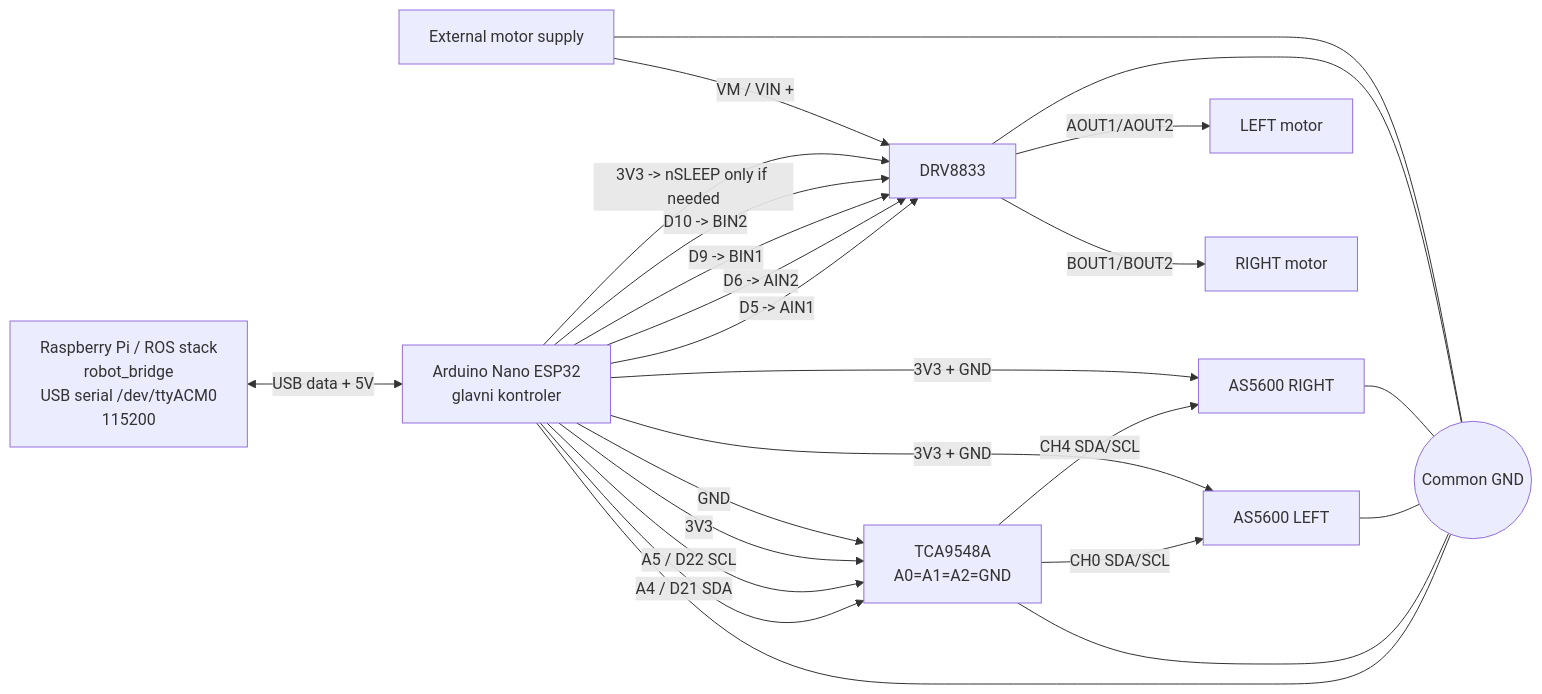
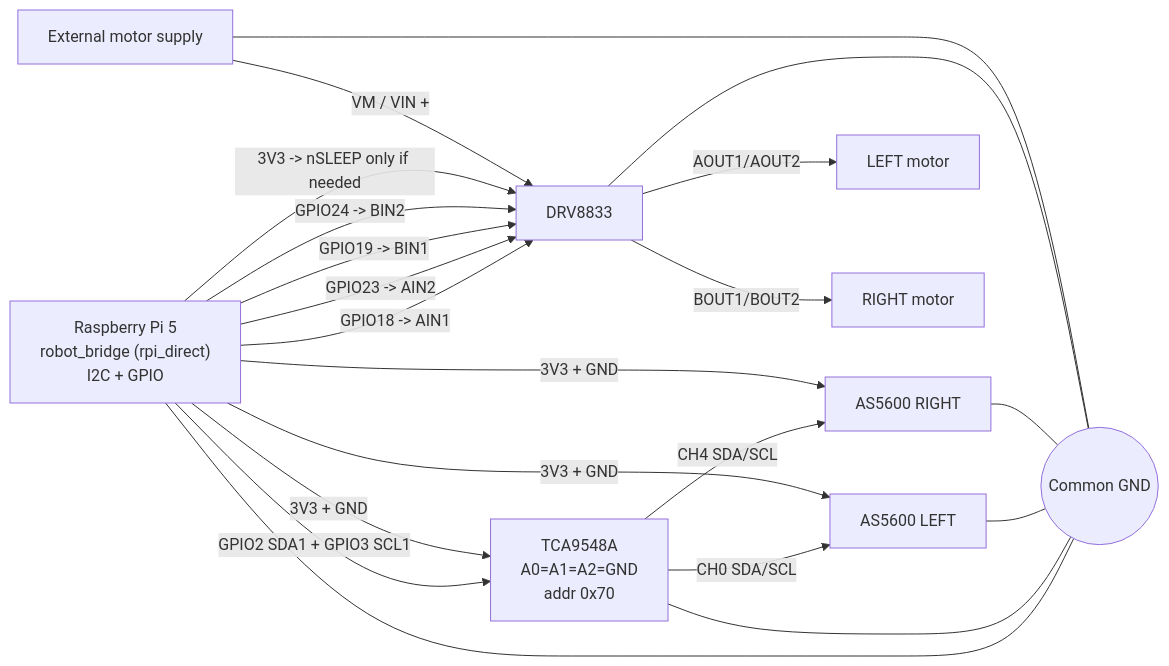
Before and after one commit to FilipSijak2/paper: the diagram in CURRENT_WIRING_DIAGRAM.md, drawn with Mermaid. The commit also changed other lines of this file and 2 other files, not shown here.

````diff
--- a/CURRENT_WIRING_DIAGRAM.md
+++ b/CURRENT_WIRING_DIAGRAM.md
@@ -13,43 +12,37 @@
 ```mermaid
 flowchart LR
-    PI["Raspberry Pi / ROS stack<br/>robot_bridge<br/>USB serial /dev/ttyACM0<br/>115200"]
-    NANO["Arduino Nano ESP32<br/>glavni kontroler"]
-    TCA["TCA9548A<br/>A0=A1=A2=GND"]
+    RPI["Raspberry Pi 5<br/>robot_bridge (rpi_direct)<br/>I2C + GPIO"]
+    TCA["TCA9548A<br/>A0=A1=A2=GND<br/>addr 0x70"]
     LENC["AS5600 LEFT"]
     RENC["AS5600 RIGHT"]
     DRV["DRV8833"]
     LM["LEFT motor"]
     RM["RIGHT motor"]
     EXT["External motor supply"]
     CGND(("Common GND"))
 
-    PI <-->|USB data + 5V| NANO
-
-    NANO -->|"A4 / D21 SDA"| TCA
-    NANO -->|"A5 / D22 SCL"| TCA
-    NANO -->|"3V3"| TCA
-    NANO -->|"GND"| TCA
+    RPI -->|"GPIO2 SDA1 + GPIO3 SCL1"| TCA
+    RPI -->|"3V3 + GND"| TCA
 
     TCA -->|"CH0 SDA/SCL"| LENC
     TCA -->|"CH4 SDA/SCL"| RENC
-    NANO -->|"3V3 + GND"| LENC
-    NANO -->|"3V3 + GND"| RENC
+    RPI -->|"3V3 + GND"| LENC
+    RPI -->|"3V3 + GND"| RENC
 
-    NANO -->|"D5 -> AIN1"| DRV
-    NANO -->|"D6 -> AIN2"| DRV
-    NANO -->|"D9 -> BIN1"| DRV
-    NANO -->|"D10 -> BIN2"| DRV
-    NANO -->|"3V3 -> nSLEEP only if needed"| DRV
+    RPI -->|"GPIO18 -> AIN1"| DRV
+    RPI -->|"GPIO23 -> AIN2"| DRV
+    RPI -->|"GPIO19 -> BIN1"| DRV
+    RPI -->|"GPIO24 -> BIN2"| DRV
+    RPI -->|"3V3 -> nSLEEP only if needed"| DRV
 
     DRV -->|"AOUT1/AOUT2"| LM
     DRV -->|"BOUT1/BOUT2"| RM
-
     EXT -->|"VM / VIN +"| DRV
 
-    NANO --- CGND
+    RPI --- CGND
     TCA --- CGND
     LENC --- CGND
     RENC --- CGND
     DRV --- CGND
     EXT --- CGND
 ```
````
